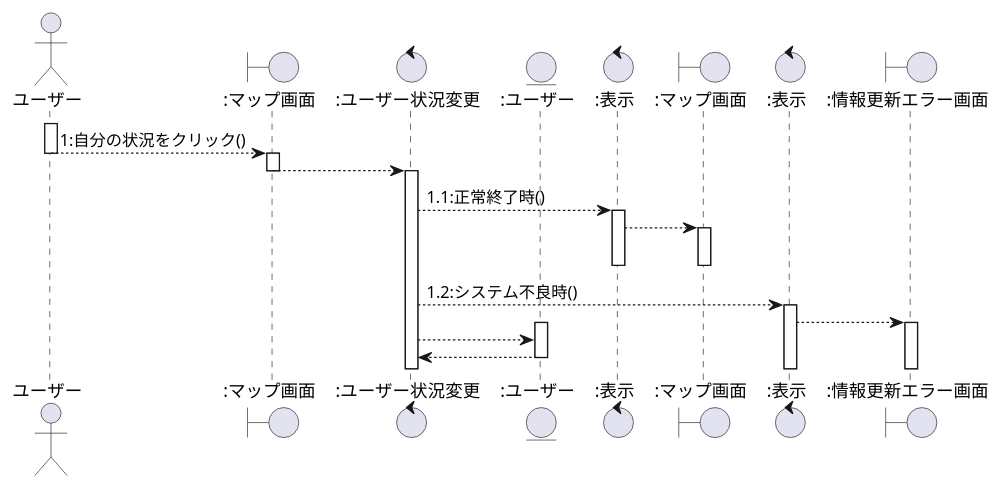
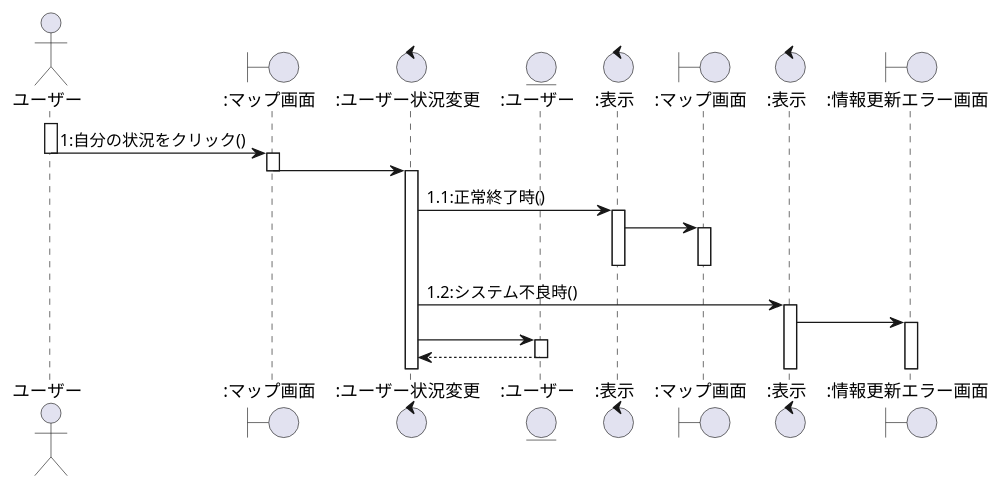
The fourth of 6 diagrams in user2_sequence.plantuml (ksw2270227/GroupF), drawn with PlantUML before and after one commit. The commit also changed other lines of this file and 1 other file, not shown here.

```diff
--- a/user2_sequence.plantuml
+++ b/user2_sequence.plantuml
@@ -73,32 +73,32 @@
 @startuml 状況変更シーケンス図
 actor ユーザー as 0
 boundary ":マップ画面" as a
 control ":ユーザー状況変更" as b
 entity ":ユーザー" as c
 control ":表示" as d
 boundary ":マップ画面" as e
 control ":表示" as f
 boundary ":情報更新エラー画面" as g
 
 activate 0
-    0 --> a:1:自分の状況をクリック()
+    0 -> a:1:自分の状況をクリック()
     deactivate 0
     activate a
-    a --> b
+    a -> b
     deactivate a
     activate b
-    b --> d:1.1:正常終了時()
+    b -> d:1.1:正常終了時()
     activate d
-    d --> e
+    d -> e
     activate e
     deactivate e
     deactivate d
-    b --> f:1.2:システム不良時()
+    b -> f:1.2:システム不良時()
     activate f
-    f --> g
+    f -> g
     activate g
+    b -> c
     activate c
-    b --> c
     c --> b
     deactivate c 
 @enduml
```
